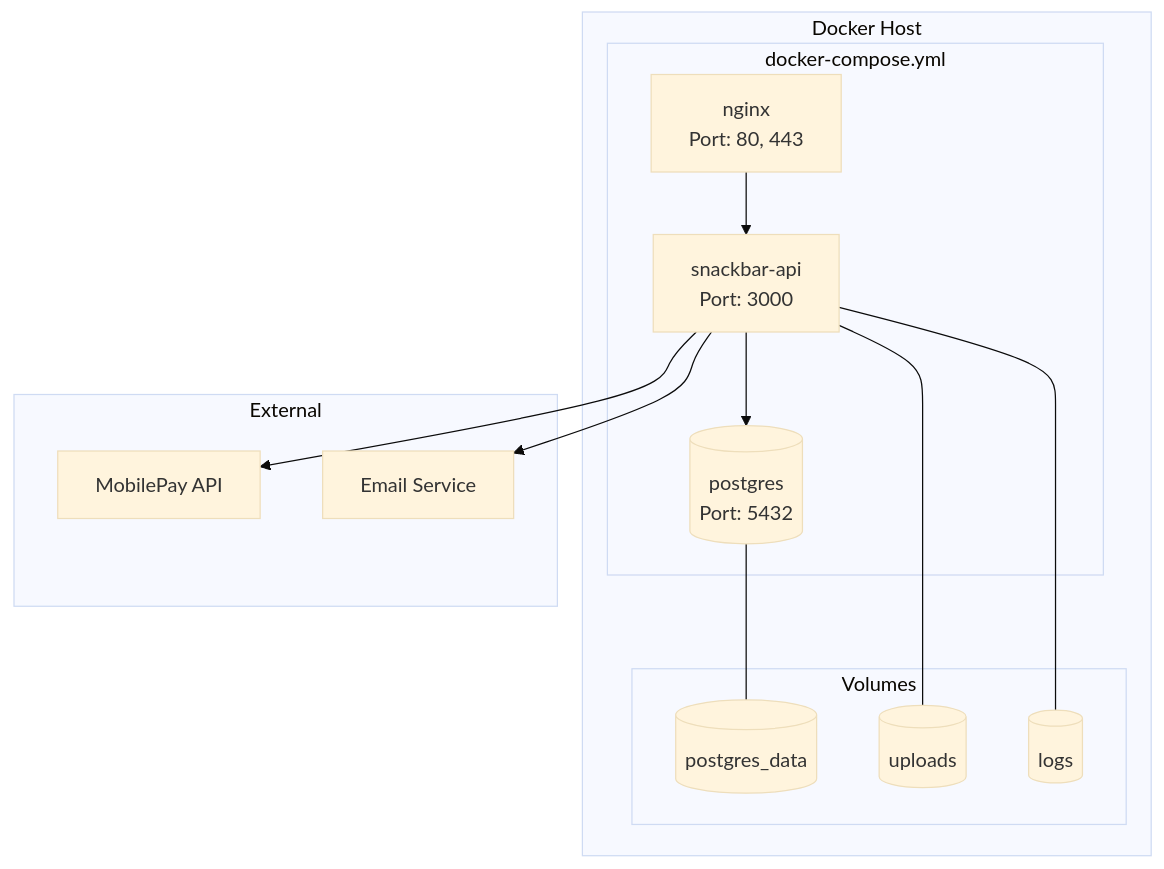
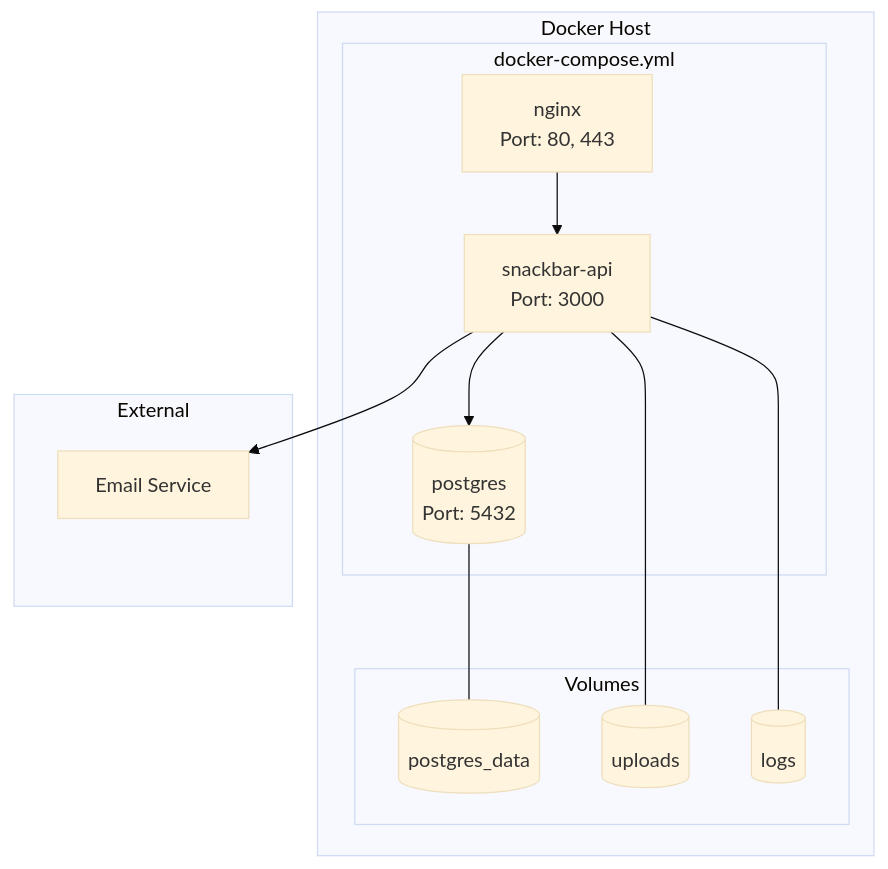
Before and after one commit to JYU-GENIUS-project/snackbar_v1: the fifth of 7 diagrams in docs/architecture/C4_Architecture.md, drawn with Mermaid (base theme). The commit also changed other lines of this file and 38 other files, not shown here.

````diff
--- a/docs/architecture/C4_Architecture.md
+++ b/docs/architecture/C4_Architecture.md
@@ -185,31 +180,29 @@
 ```mermaid
 graph TB
     subgraph "Docker Host"
         subgraph "docker-compose.yml"
             nginx[nginx<br/>Port: 80, 443]
             api[snackbar-api<br/>Port: 3000]
             db[(postgres<br/>Port: 5432)]
             
             nginx --> api
             api --> db
         end
         
         subgraph "Volumes"
             vol_db[(postgres_data)]
             vol_uploads[(uploads)]
             vol_logs[(logs)]
         end
         
         db --- vol_db
         api --- vol_uploads
         api --- vol_logs
     end
     
     subgraph "External"
-        mobilepay[MobilePay API]
-        email[Email Service]
+      email[Email Service]
     end
     
-    api --> mobilepay
     api --> email
 ```
````
